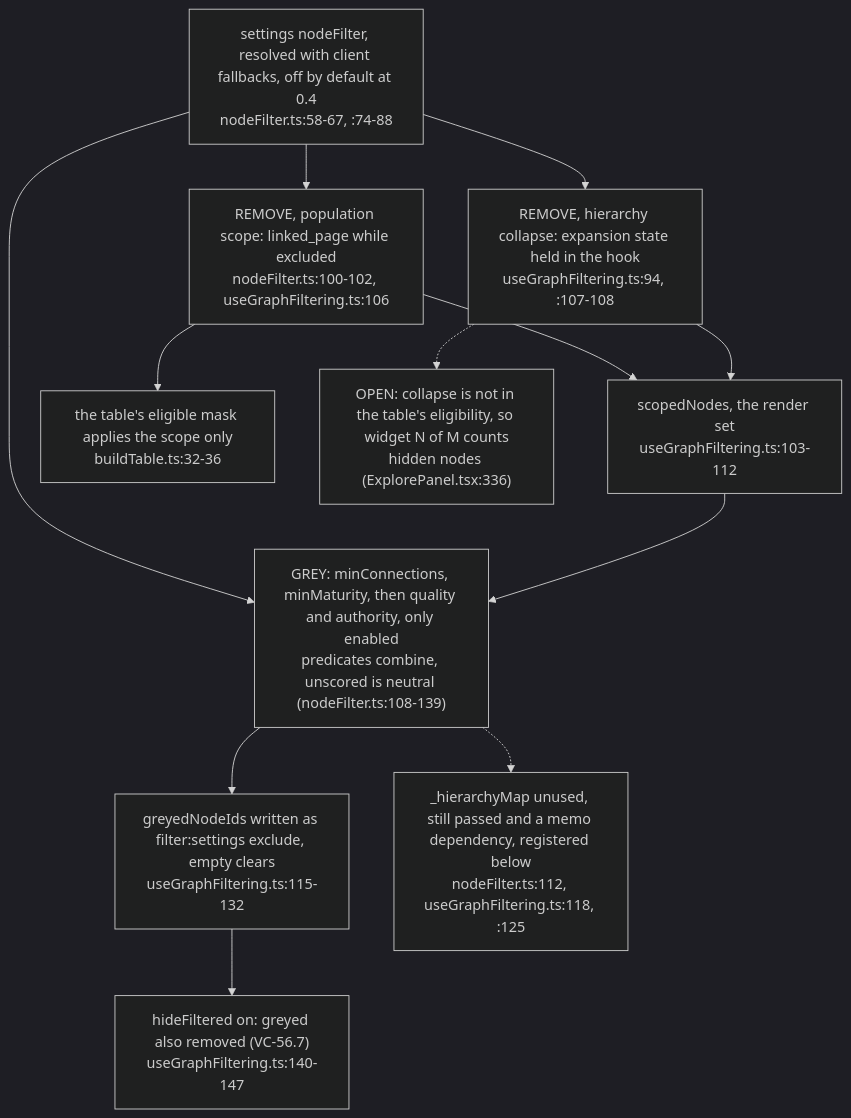
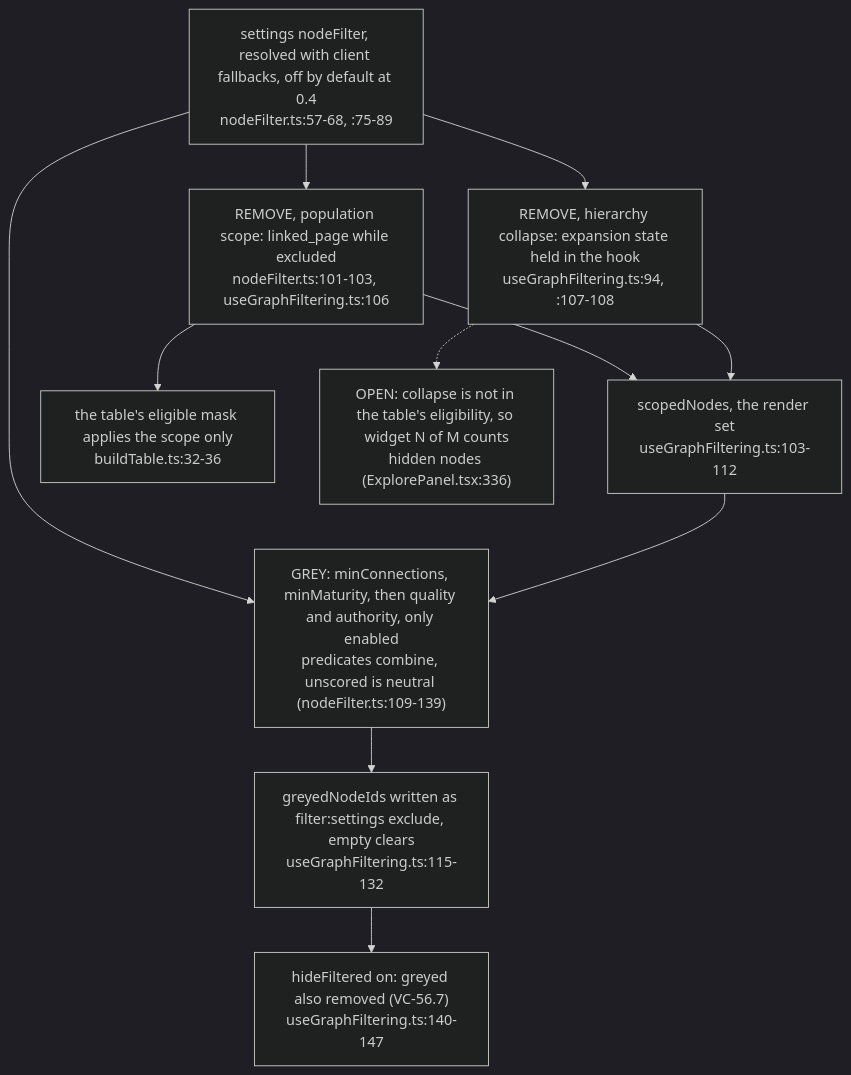
One commit to DreamLab-AI/VisionFlow changed the eighth of 11 diagrams in docs/diagrams/visionclaw/56-client-explore-layer.md. Above: the diagram before and after it, drawn with Mermaid (dark theme). The commit also changed other lines of this file and 46 other files, not shown here.

Commit message:
docs(diagrams): re-verify VisionClaw topics at 809a859aa/a950f4d80 after the consolidation pass

````diff
--- a/docs/diagrams/visionclaw/56-client-explore-layer.md
+++ b/docs/diagrams/visionclaw/56-client-explore-layer.md
@@ -224,15 +228,14 @@
 ```mermaid
 flowchart TB
-    S["settings nodeFilter, resolved with client fallbacks, off by default at 0.4<br/>nodeFilter.ts:58-67, :74-88"]
-    S --> R1["REMOVE, population scope: linked_page while excluded<br/>nodeFilter.ts:100-102, useGraphFiltering.ts:106"]
+    S["settings nodeFilter, resolved with client fallbacks, off by default at 0.4<br/>nodeFilter.ts:57-68, :75-89"]
+    S --> R1["REMOVE, population scope: linked_page while excluded<br/>nodeFilter.ts:101-103, useGraphFiltering.ts:106"]
     S --> R2["REMOVE, hierarchy collapse: expansion state held in the hook<br/>useGraphFiltering.ts:94, :107-108"]
-    S --> G["GREY: minConnections, minMaturity, then quality and authority, only enabled<br/>predicates combine, unscored is neutral (nodeFilter.ts:108-139)"]
+    S --> G["GREY: minConnections, minMaturity, then quality and authority, only enabled<br/>predicates combine, unscored is neutral (nodeFilter.ts:109-139)"]
     R1 --> SN["scopedNodes, the render set<br/>useGraphFiltering.ts:103-112"]
     R2 --> SN
     SN --> G
     G --> GS["greyedNodeIds written as filter:settings exclude, empty clears<br/>useGraphFiltering.ts:115-132"]
     GS --> HF["hideFiltered on: greyed also removed (VC-56.7)<br/>useGraphFiltering.ts:140-147"]
     R1 --> TB["the table's eligible mask applies the scope only<br/>buildTable.ts:32-36"]
     R2 -.-> GAP["OPEN: collapse is not in the table's eligibility, so widget N of M counts<br/>hidden nodes (ExplorePanel.tsx:336)"]
-    G -.-> D1["_hierarchyMap unused, still passed and a memo dependency, registered below<br/>nodeFilter.ts:112, useGraphFiltering.ts:118, :125"]
 ```
````
